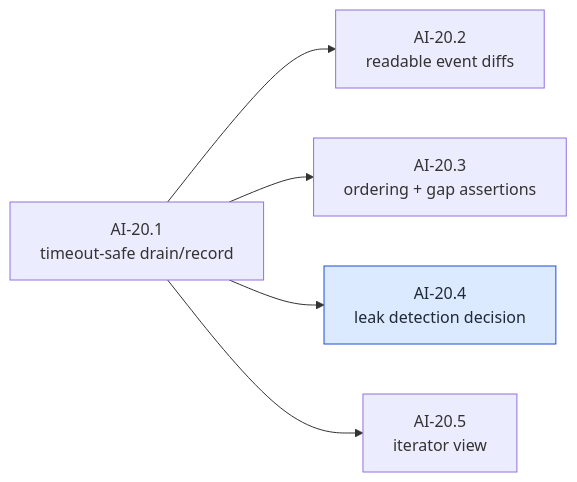
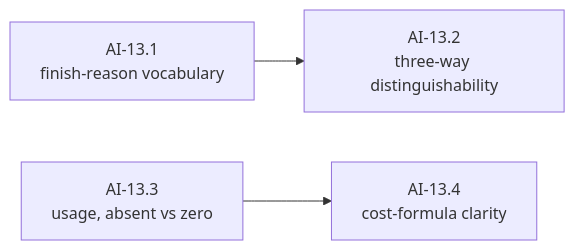
The tenth of 29 diagrams in docs/architecture/milestones/0002-cachicamas-ai-layer-1-task-graph.md (witsaba/cachicamas), drawn with Mermaid before and after one commit. The commit also changed other lines of this file, not shown here.

First line of the commit message:
docs: rewrite Layer 1 task graph as a from-zero plan (AI-00 … AI-40)

````diff
--- a/docs/architecture/milestones/0002-cachicamas-ai-layer-1-task-graph.md
+++ b/docs/architecture/milestones/0002-cachicamas-ai-layer-1-task-graph.md
@@ -673,9 +801,5 @@
 ```mermaid
 flowchart LR
-    H1["AI-20.1<br/>timeout-safe drain/record"] --> H2["AI-20.2<br/>readable event diffs"]
-    H1 --> H3["AI-20.3<br/>ordering + gap assertions"]
-    H1 --> H4["AI-20.4<br/>leak detection decision"]
-    H1 --> H5["AI-20.5<br/>iterator view"]
-    classDef d fill:#dbeafe,stroke:#1d4ed8,color:#1f2937
-    class H4 d
+    L1["AI-13.1<br/>finish-reason vocabulary"] --> L2["AI-13.2<br/>three-way distinguishability"]
+    L3["AI-13.3<br/>usage, absent vs zero"] --> L4["AI-13.4<br/>cost-formula clarity"]
 ```
````
